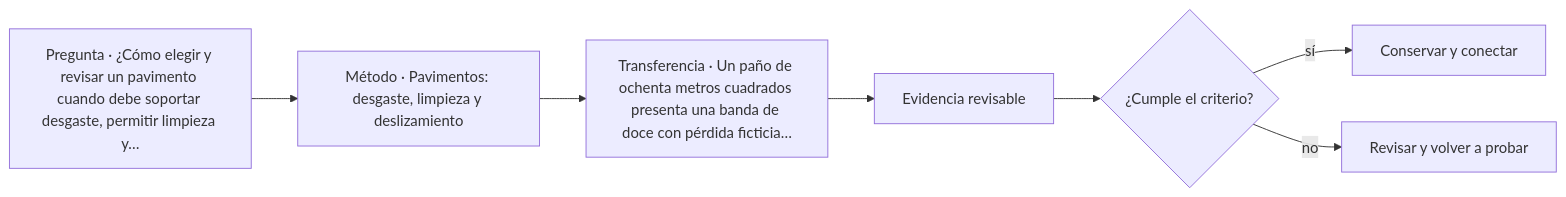
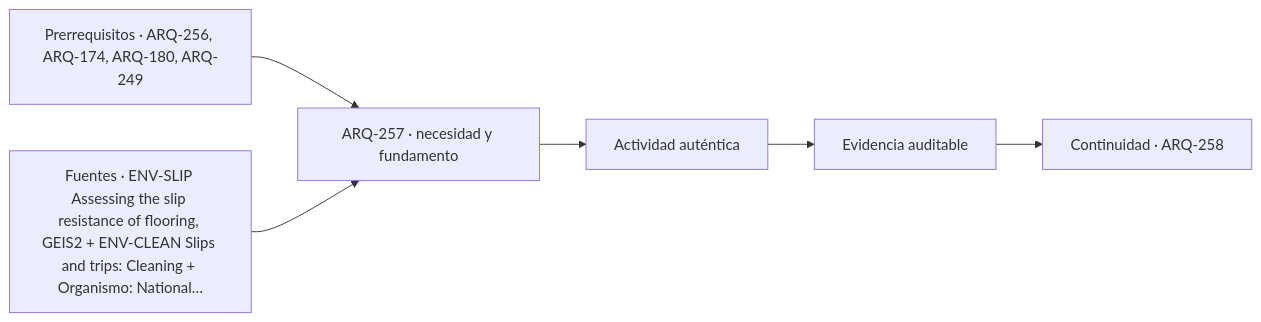
Before and after one commit to vladimiracunadev-create/architecture-built-environment-learning-program: the diagram in classes/parte-26/ARQ-257.md, drawn with Mermaid. The commit also changed other lines of this file and 761 other files, not shown here.

````diff
--- a/classes/parte-26/ARQ-257.md
+++ b/classes/parte-26/ARQ-257.md
@@ -115,9 +127,8 @@
 ```mermaid
 flowchart LR
-    Q["Pregunta · ¿Cómo elegir y revisar un pavimento cuando debe soportar desgaste, permitir limpieza y…"] --> M["Método · Pavimentos: desgaste, limpieza y deslizamiento"]
-    M --> P["Transferencia · Un paño de ochenta metros cuadrados presenta una banda de doce con pérdida ficticia…"]
-    P --> E["Evidencia revisable"]
-    E --> C{"¿Cumple el criterio?"}
-    C -->|sí| T["Conservar y conectar"]
-    C -->|no| R["Revisar y volver a probar"]
+    A["Prerrequisitos · ARQ-256, ARQ-174, ARQ-180, ARQ-249"] --> B["ARQ-257 · necesidad y fundamento"]
+    S["Fuentes · ENV-SLIP Assessing the slip resistance of flooring, GEIS2 + ENV-CLEAN Slips and trips: Cleaning + Organismo: National…"] --> B
+    B --> C["Actividad auténtica"]
+    C --> D["Evidencia auditable"]
+    D --> E["Continuidad · ARQ-258"]
 ```
````
